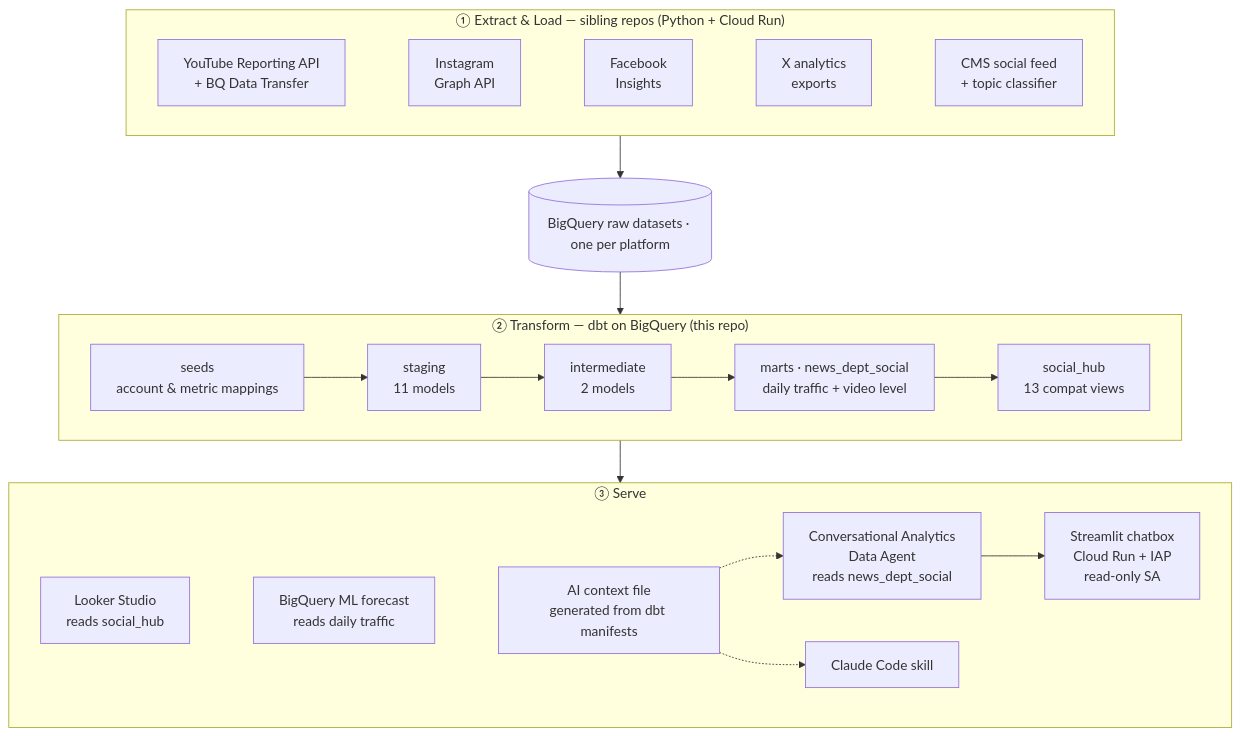
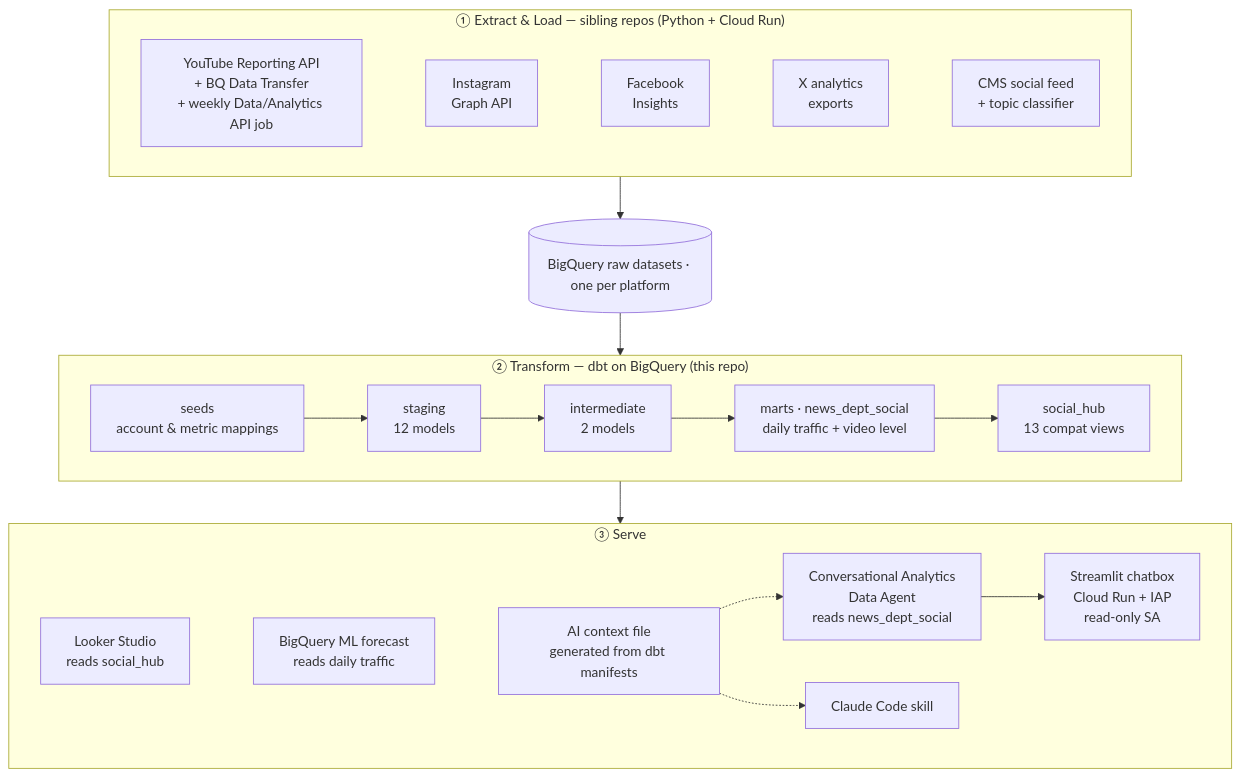
The first of 2 diagrams in README.md (shangweiyang79/taiwanplus-dbt), drawn with Mermaid before and after one commit. The commit also changed other lines of this file and 9 other files, not shown here.

First line of the commit message:
Weekly YouTube Shorts list: add stg_youtube__shorts

````diff
--- a/README.md
+++ b/README.md
@@ -7,39 +7,39 @@
 ```mermaid
 flowchart TB
     subgraph EL["① Extract & Load — sibling repos (Python + Cloud Run)"]
         direction LR
-        YT["YouTube Reporting API<br/>+ BQ Data Transfer"]
+        YT["YouTube Reporting API<br/>+ BQ Data Transfer<br/>+ weekly Data/Analytics API job"]
         IG["Instagram<br/>Graph API"]
         FB["Facebook<br/>Insights"]
         XS["X analytics<br/>exports"]
         CMS["CMS social feed<br/>+ topic classifier"]
         YT ~~~ IG ~~~ FB ~~~ XS ~~~ CMS
     end
 
     RAW[("BigQuery raw datasets · one per platform")]
 
     subgraph DBT["② Transform — dbt on BigQuery (this repo)"]
         direction LR
         SEED["seeds<br/>account & metric mappings"]
-        STG["staging<br/>11 models"]
+        STG["staging<br/>12 models"]
         INT["intermediate<br/>2 models"]
         MART["marts · news_dept_social<br/>daily traffic + video level"]
         COMPAT["social_hub<br/>13 compat views"]
         SEED --> STG --> INT --> MART --> COMPAT
     end
 
     subgraph USE["③ Serve"]
         direction LR
         LS["Looker Studio<br/>reads social_hub"]
         FC["BigQuery ML forecast<br/>reads daily traffic"]
         CTX["AI context file<br/>generated from dbt manifests"]
         CA["Conversational Analytics<br/>Data Agent<br/>reads news_dept_social"]
         APP["Streamlit chatbox<br/>Cloud Run + IAP<br/>read-only SA"]
         SK["Claude Code skill"]
         LS ~~~ FC ~~~ CTX
         CTX -.-> CA --> APP
         CTX -.-> SK
     end
 
     EL --> RAW --> DBT --> USE
 ```
````
